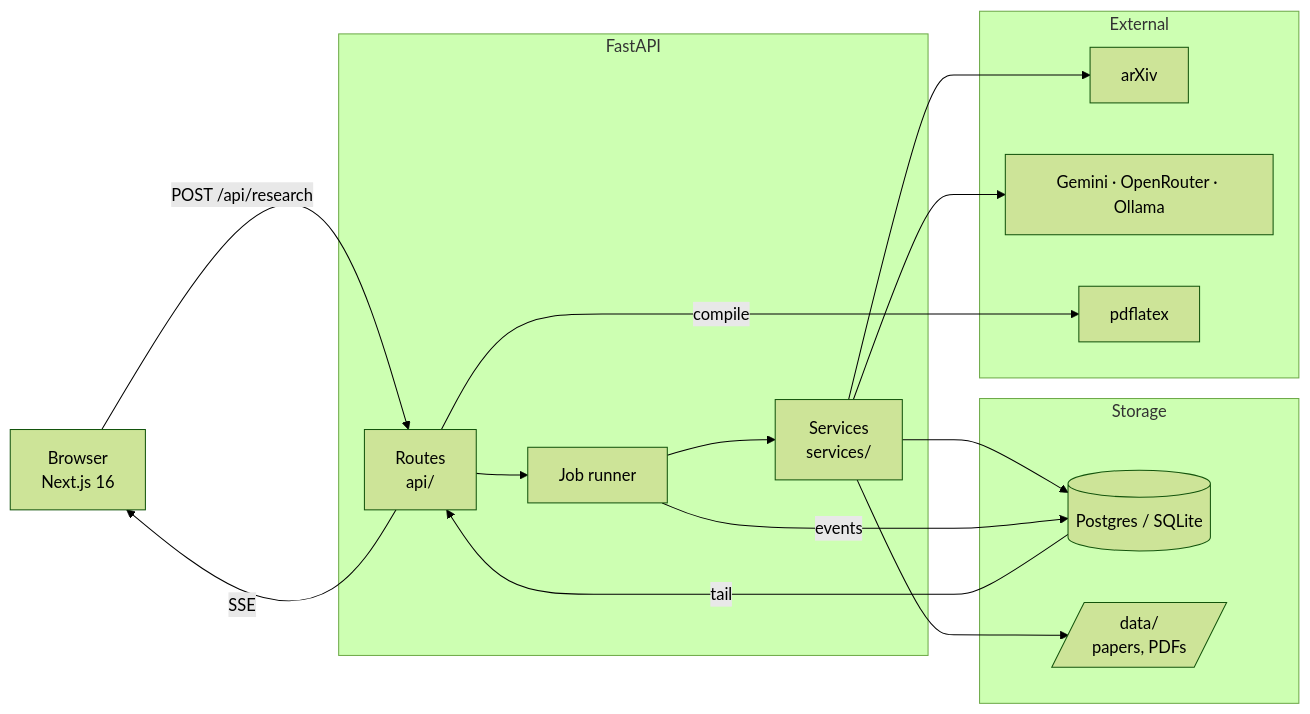
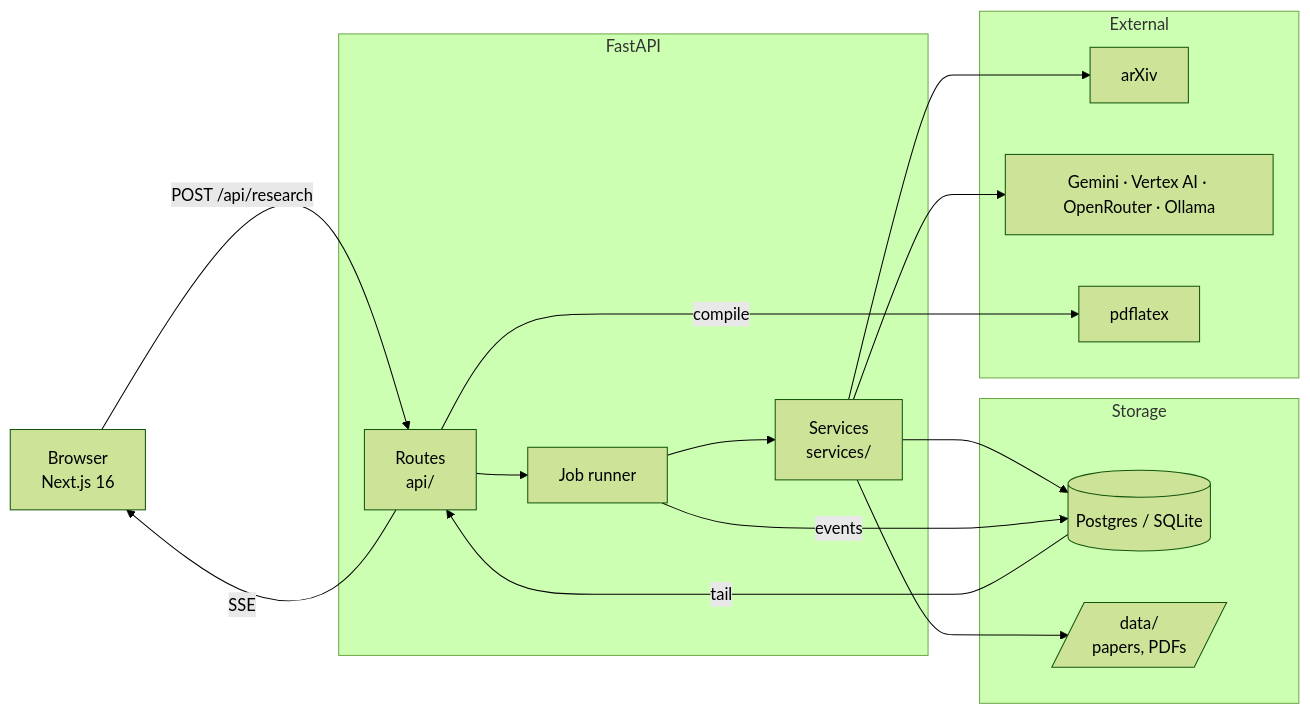
Before and after one commit to yarwen0/Research.it: the first of 2 diagrams in ARCHITECTURE.md, drawn with Mermaid (forest theme). The commit also changed other lines of this file, not shown here.

````diff
--- a/ARCHITECTURE.md
+++ b/ARCHITECTURE.md
@@ -8,33 +8,33 @@
 ```mermaid
 flowchart LR
     B[Browser<br/>Next.js 16]
 
     subgraph API["FastAPI"]
         R[Routes<br/>api/]
         S[Services<br/>services/]
         J[Job runner]
     end
 
     subgraph Data["Storage"]
         DB[(Postgres / SQLite)]
         FS[/data/<br/>papers, PDFs/]
     end
 
     subgraph Ext["External"]
         AX[arXiv]
-        LLM[Gemini · OpenRouter · Ollama]
+        LLM[Gemini · Vertex AI · OpenRouter · Ollama]
         TEX[pdflatex]
     end
 
     B -- POST /api/research --> R
     R --> J
     J --> S
     S --> AX
     S --> LLM
     S --> DB
     S --> FS
     J -- events --> DB
     DB -- tail --> R
     R -- SSE --> B
     R -- compile --> TEX
 ```
````
